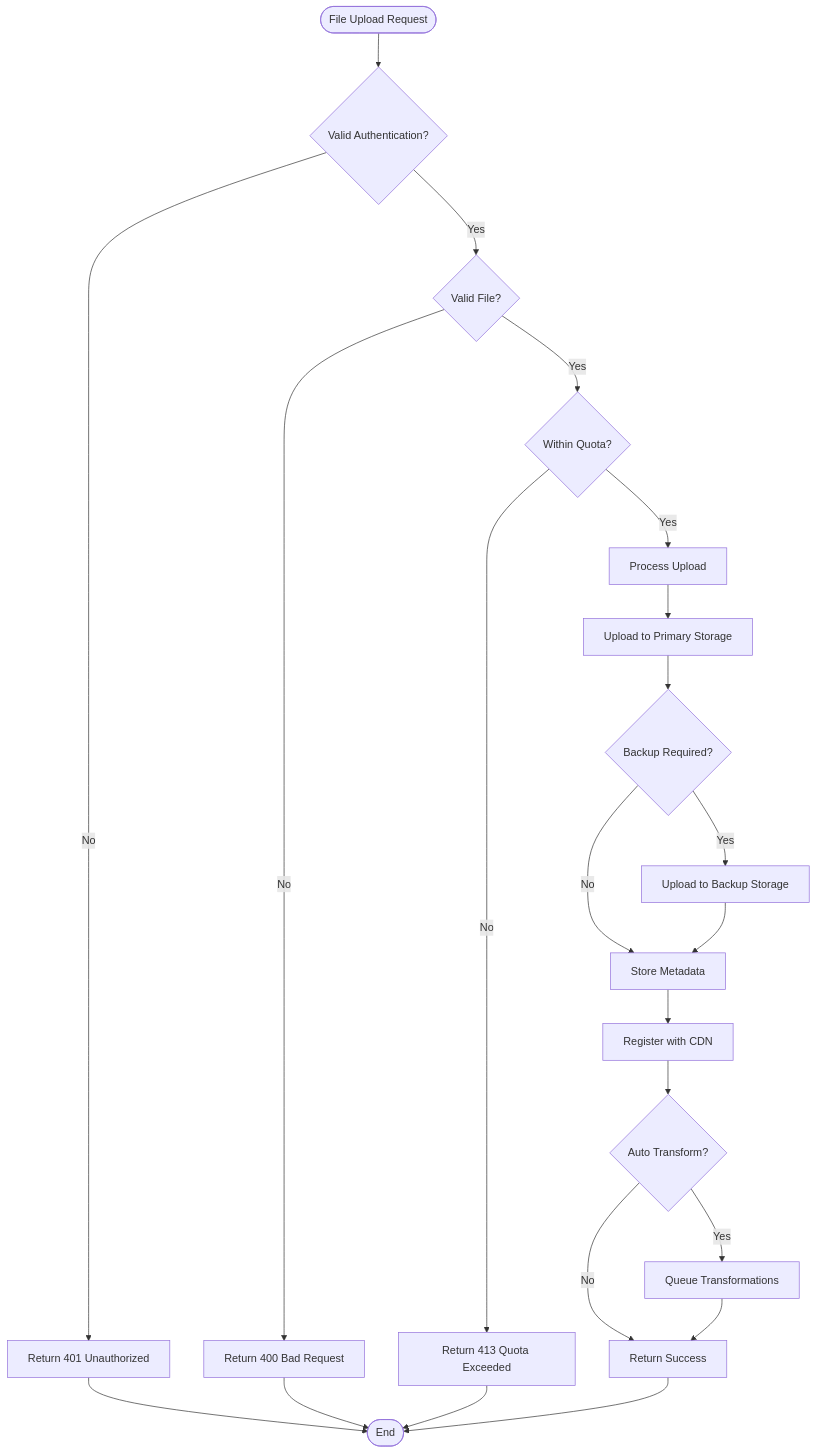
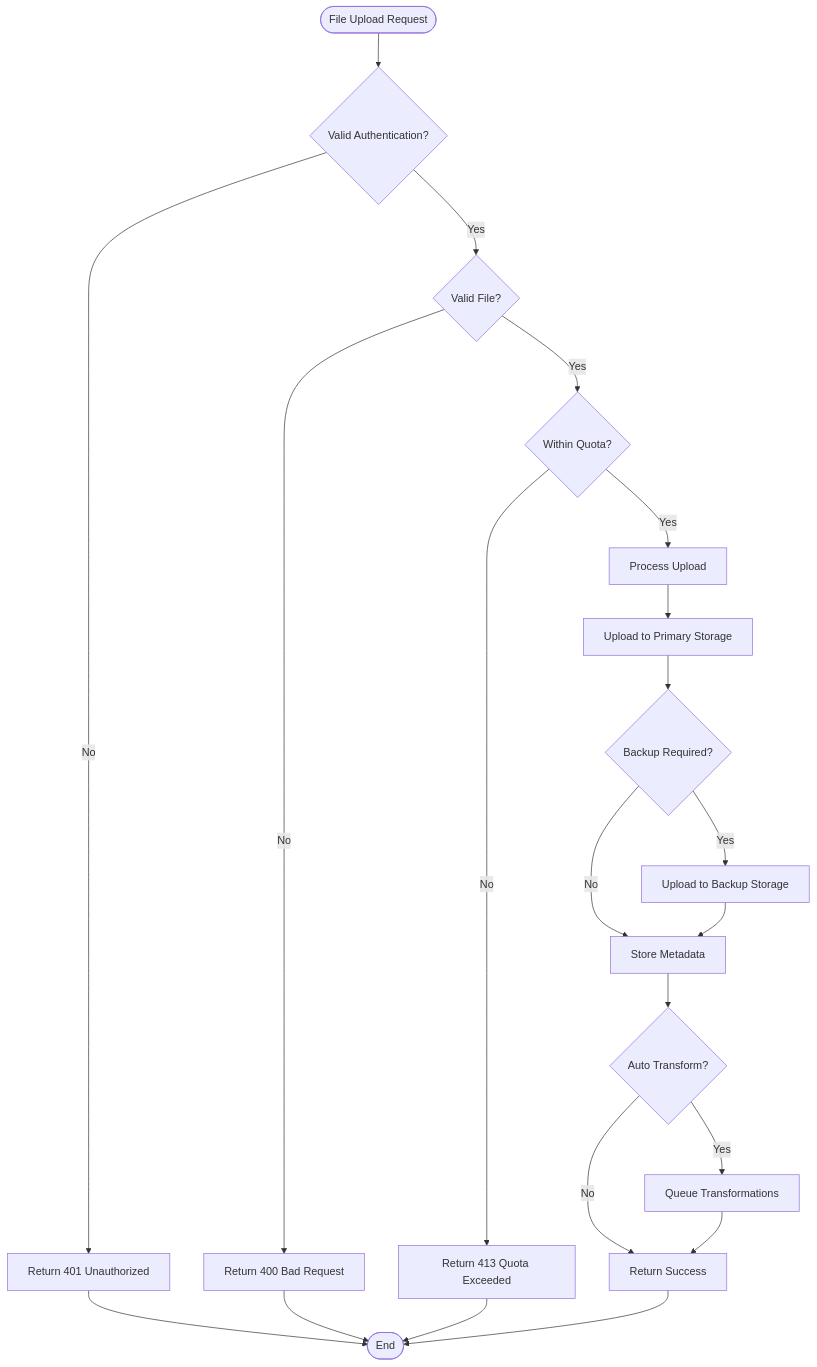
One commit to VisioBook-ESP/docs-architecture changed the fourth of 4 diagrams in docs/api/support-storage-service.md. Above: the diagram before and after it, drawn with Mermaid. The commit also changed other lines of this file and 3 other files, not shown here.

````diff
--- a/docs/api/support-storage-service.md
+++ b/docs/api/support-storage-service.md
@@ -836,31 +720,30 @@
 ```mermaid
 flowchart TD
     Start([File Upload Request]) --> ValidateAuth{Valid Authentication?}
     ValidateAuth -->|No| AuthError[Return 401 Unauthorized]
     ValidateAuth -->|Yes| ValidateFile{Valid File?}
 
     ValidateFile -->|No| FileError[Return 400 Bad Request]
     ValidateFile -->|Yes| CheckQuota{Within Quota?}
 
     CheckQuota -->|No| QuotaError[Return 413 Quota Exceeded]
     CheckQuota -->|Yes| ProcessUpload[Process Upload]
 
     ProcessUpload --> UploadPrimary[Upload to Primary Storage]
     UploadPrimary --> CheckBackup{Backup Required?}
 
     CheckBackup -->|Yes| UploadBackup[Upload to Backup Storage]
     CheckBackup -->|No| StoreMetadata[Store Metadata]
     UploadBackup --> StoreMetadata
 
-    StoreMetadata --> RegisterCDN[Register with CDN]
-    RegisterCDN --> AutoTransform{Auto Transform?}
+    StoreMetadata --> AutoTransform{Auto Transform?}
 
     AutoTransform -->|Yes| QueueTransform[Queue Transformations]
     AutoTransform -->|No| Success[Return Success]
     QueueTransform --> Success
 
     AuthError --> End([End])
     FileError --> End
     QuotaError --> End
     Success --> End
 ```
````
